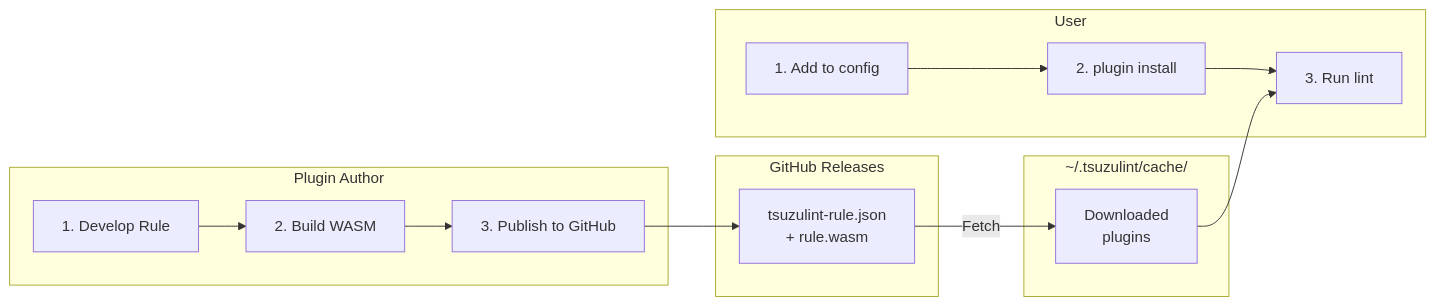
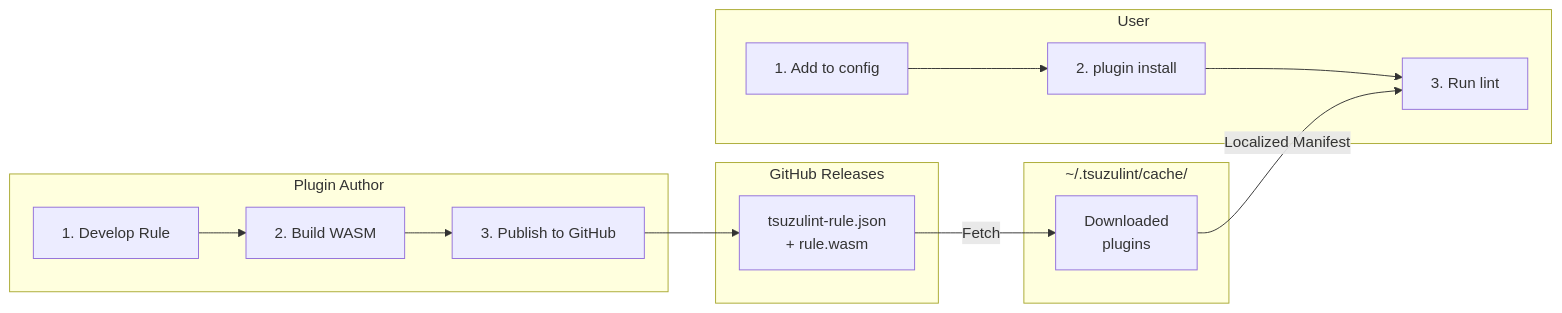
One commit to simorgh3196/tsuzulint changed the first of 3 diagrams in docs/plugin-distribution.md. Above: the diagram before and after it, drawn with Mermaid. The commit also changed other lines of this file and 9 other files, not shown here.

````diff
--- a/docs/plugin-distribution.md
+++ b/docs/plugin-distribution.md
@@ -18,28 +18,28 @@
 ```mermaid
 flowchart LR
     subgraph Author["Plugin Author"]
         A1[1. Develop Rule]
         A2[2. Build WASM]
         A3[3. Publish to GitHub]
         A1 --> A2 --> A3
     end
 
     subgraph GitHub["GitHub Releases"]
         GH[tsuzulint-rule.json<br/>+ rule.wasm]
     end
 
     subgraph User["User"]
         U1[1. Add to config]
         U2[2. plugin install]
         U3[3. Run lint]
         U1 --> U2 --> U3
     end
 
     subgraph Cache["~/.tsuzulint/cache/"]
         C[Downloaded<br/>plugins]
     end
 
     A3 --> GH
     GH -->|Fetch| C
-    C --> U3
+    C -->|Localized Manifest| U3
 ```
````
